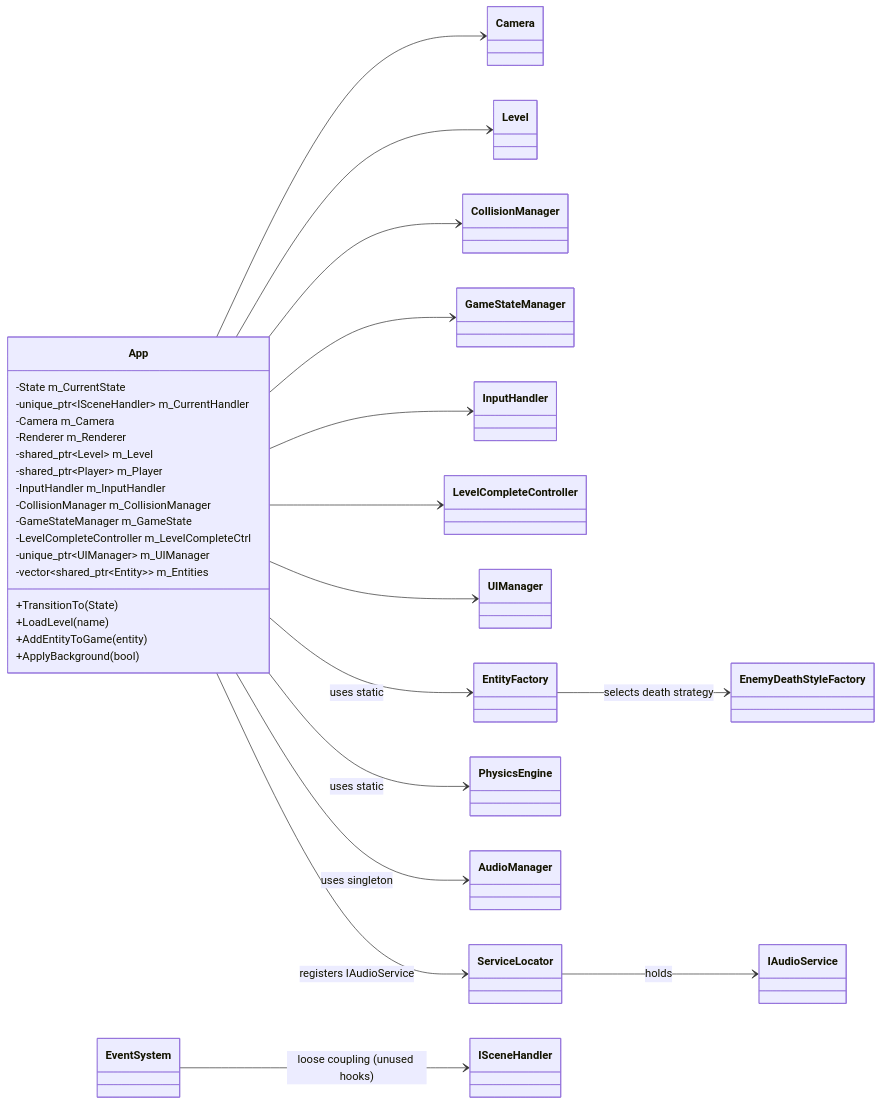
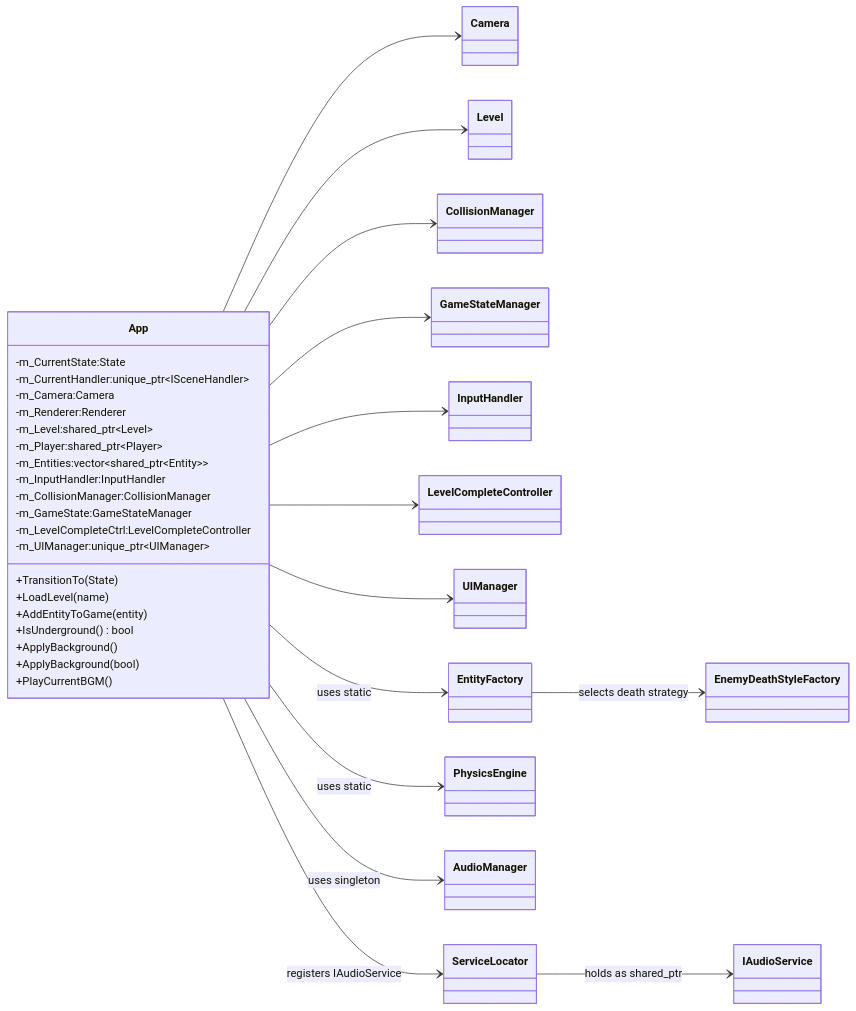
Before and after one commit to Andy87877/NTUT_OOPL_mario: the seventh of 9 diagrams in Constructure.md, drawn with Mermaid. The commit also changed other lines of this file and 33 other files, not shown here.

````diff
--- a/Constructure.md
+++ b/Constructure.md
@@ -265,38 +410,40 @@
 ```mermaid
 classDiagram
     direction LR
 
     class App {
-        -State m_CurrentState
-        -unique_ptr~ISceneHandler~ m_CurrentHandler
-        -Camera m_Camera
-        -Renderer m_Renderer
-        -shared_ptr~Level~ m_Level
-        -shared_ptr~Player~ m_Player
-        -InputHandler m_InputHandler
-        -CollisionManager m_CollisionManager
-        -GameStateManager m_GameState
-        -LevelCompleteController m_LevelCompleteCtrl
-        -unique_ptr~UIManager~ m_UIManager
-        -vector~shared_ptr~Entity~~ m_Entities
+        -m_CurrentState:State
+        -m_CurrentHandler:unique_ptr~ISceneHandler~
+        -m_Camera:Camera
+        -m_Renderer:Renderer
+        -m_Level:shared_ptr~Level~
+        -m_Player:shared_ptr~Player~
+        -m_Entities:vector~shared_ptr~Entity~~
+        -m_InputHandler:InputHandler
+        -m_CollisionManager:CollisionManager
+        -m_GameState:GameStateManager
+        -m_LevelCompleteCtrl:LevelCompleteController
+        -m_UIManager:unique_ptr~UIManager~
         +TransitionTo(State)
         +LoadLevel(name)
         +AddEntityToGame(entity)
+        +IsUnderground() bool
+        +ApplyBackground()
         +ApplyBackground(bool)
+        +PlayCurrentBGM()
     }
 
     App --> Camera
     App --> Level
     App --> CollisionManager
     App --> GameStateManager
     App --> InputHandler
     App --> LevelCompleteController
     App --> UIManager
-    App --> EntityFactory : uses static
+    App --> EntityFactory      : uses static
+    App --> PhysicsEngine      : uses static
+    App --> AudioManager       : uses singleton
+    App --> ServiceLocator     : registers IAudioService
     EntityFactory --> EnemyDeathStyleFactory : selects death strategy
-    App --> PhysicsEngine : uses static
-    App --> AudioManager : uses singleton
-    App --> ServiceLocator : registers IAudioService
-    ServiceLocator --> IAudioService : holds
-    EventSystem --> ISceneHandler : loose coupling (unused hooks)
+    ServiceLocator --> IAudioService : holds as shared_ptr
 ```
````
